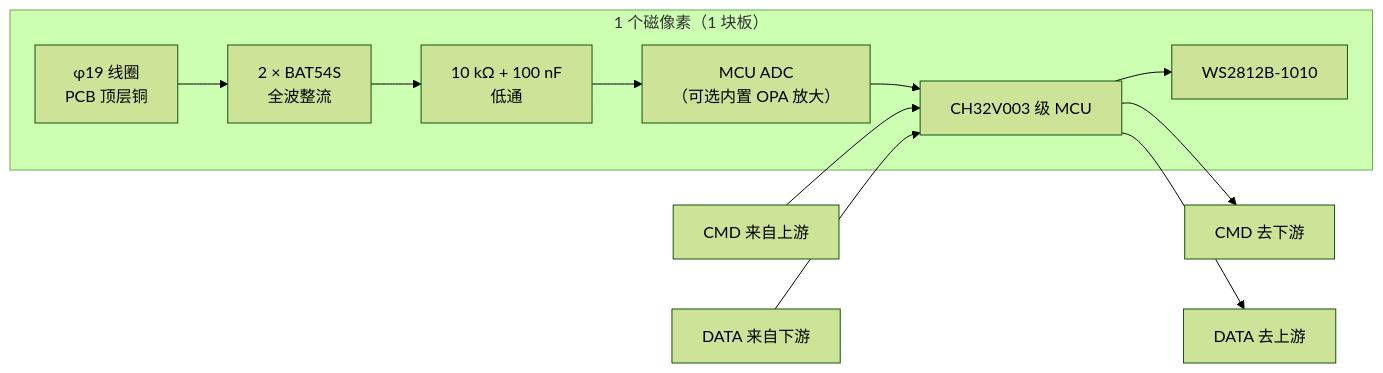
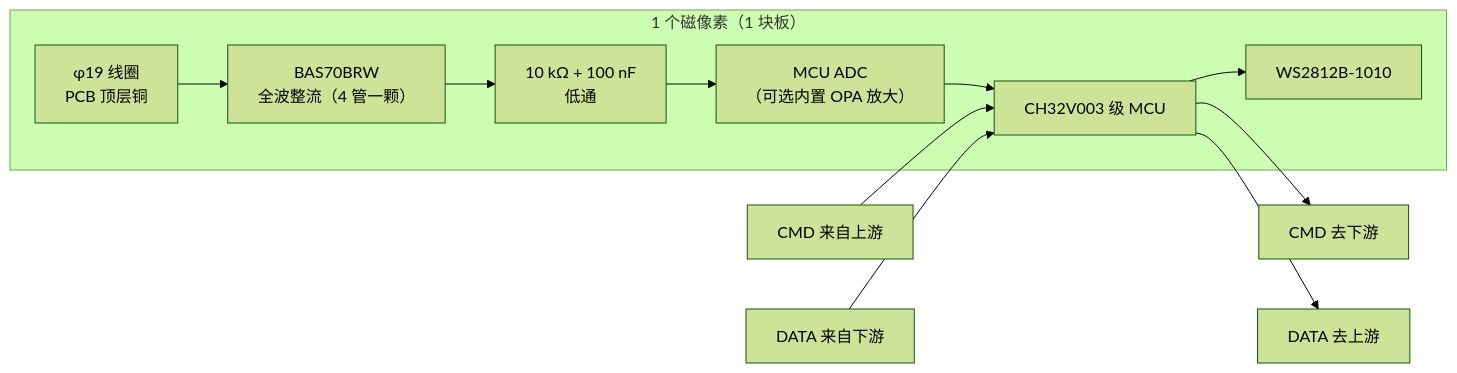
One commit to langhua/AuroraTessellation-NFC changed the diagram in hardware/pixel/README.md. Above: the diagram before and after it, drawn with Mermaid (forest theme). The commit also changed other lines of this file and 2 other files, not shown here.

First line of the commit message:
像素板：整流桥由 2×BAT54S 换成 1×BAS70BRW（4 × 70 V，SOT-363）

````diff
--- a/hardware/pixel/README.md
+++ b/hardware/pixel/README.md
@@ -31,14 +32,14 @@
 ```mermaid
 flowchart LR
     subgraph PIX["1 个磁像素（1 块板）"]
-        COIL["φ19 线圈<br/>PCB 顶层铜"] --> BR["2 × BAT54S<br/>全波整流"]
+        COIL["φ19 线圈<br/>PCB 顶层铜"] --> BR["BAS70BRW<br/>全波整流（4 管一颗）"]
         BR --> RC["10 kΩ + 100 nF<br/>低通"]
         RC --> ADC["MCU ADC<br/>（可选内置 OPA 放大）"]
         ADC --> MCU["CH32V003 级 MCU"]
         MCU --> LED["WS2812B-1010"]
     end
     CMDIN["CMD 来自上游"] --> MCU
     MCU --> CMDOUT["CMD 去下游"]
     UPIN["DATA 来自下游"] --> MCU
     MCU --> UPOUT["DATA 去上游"]
 ```
````
